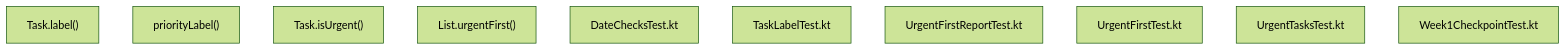
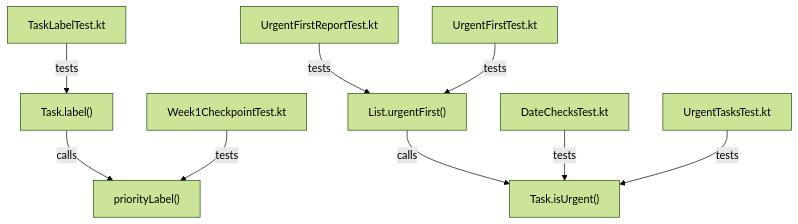
One commit to gasajere/eai101-urgent-tasks changed the diagram in docs/map-code.md. Above: the diagram before and after it, drawn with Mermaid (forest theme). The commit also changed other lines of this file, not shown here.

Commit message:
Complete urgent-task code map

````diff
--- a/docs/map-code.md
+++ b/docs/map-code.md
@@ -4,16 +5,28 @@
 ```mermaid
 flowchart TD
-    %% Urgent-task functions
+    %% Production functions
     LABEL["Task.label()"]
     PRIORITY["priorityLabel()"]
     ISURGENT["Task.isUrgent()"]
     URGENTFIRST["List<Task>.urgentFirst()"]
 
     %% Test files
     DATECHECKS["DateChecksTest.kt"]
     TASKLABEL["TaskLabelTest.kt"]
     REPORTTEST["UrgentFirstReportTest.kt"]
     FIRSTTEST["UrgentFirstTest.kt"]
     URGENTTESTS["UrgentTasksTest.kt"]
     CHECKPOINT["Week1CheckpointTest.kt"]
+
+    %% Production function calls
+    LABEL -->|calls| PRIORITY
+    URGENTFIRST -->|calls| ISURGENT
+
+    %% Test coverage
+    DATECHECKS -->|tests| ISURGENT
+    TASKLABEL -->|tests| LABEL
+    REPORTTEST -->|tests| URGENTFIRST
+    FIRSTTEST -->|tests| URGENTFIRST
+    URGENTTESTS -->|tests| ISURGENT
+    CHECKPOINT -->|tests| PRIORITY
 ```
````
